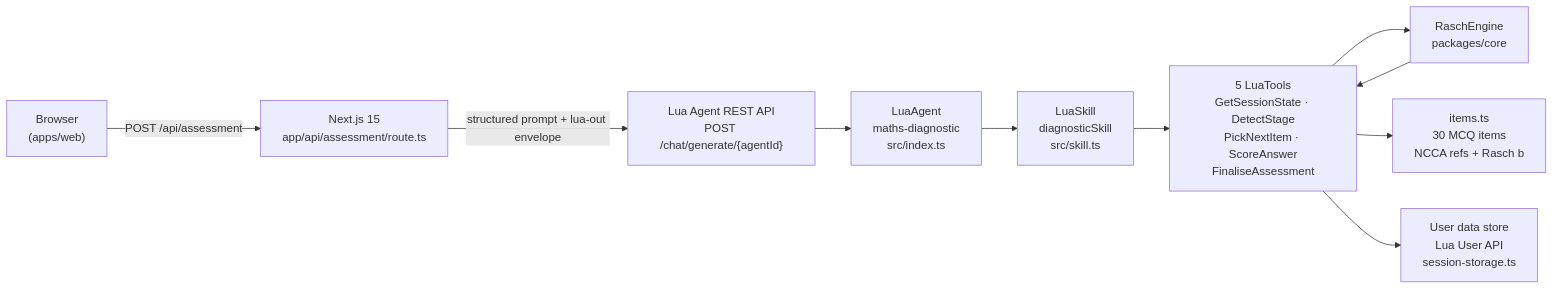
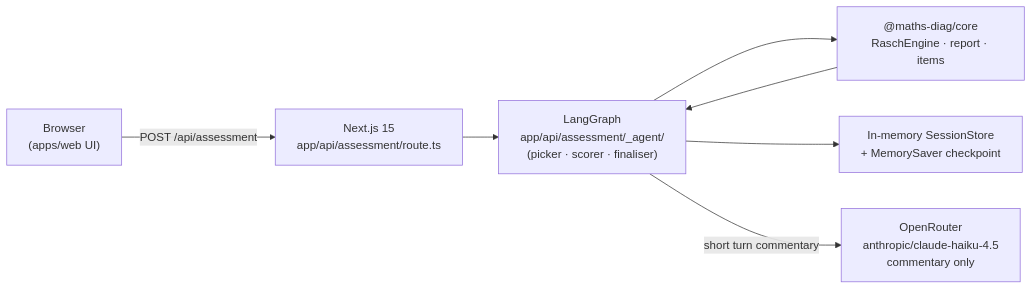
The first of 2 diagrams in README.md (AndriyBabiy/maths-test), drawn with Mermaid before and after one commit. The commit also changed other lines of this file and 77 other files, not shown here.

First line of the commit message:
Build out diagnostic assessment + study plan with PDF export

````diff
--- a/README.md
+++ b/README.md
@@ -9,22 +14,16 @@
 ```mermaid
 flowchart LR
-    Browser["Browser<br/>(apps/web)"]
-    Web["Next.js 15<br/>app/api/assessment/route.ts"]
-    LuaREST["Lua Agent REST API<br/>POST /chat/generate/{agentId}"]
-    Agent["LuaAgent<br/>maths-diagnostic<br/>src/index.ts"]
-    Skill["LuaSkill<br/>diagnosticSkill<br/>src/skill.ts"]
-    Tools["5 LuaTools<br/>GetSessionState · DetectStage<br/>PickNextItem · ScoreAnswer<br/>FinaliseAssessment"]
-    Core["RaschEngine<br/>packages/core"]
-    Items["items.ts<br/>30 MCQ items<br/>NCCA refs + Rasch b"]
-    Store["User data store<br/>Lua User API<br/>session-storage.ts"]
+    Browser["Browser<br/>(apps/web UI)"]
+    Route["Next.js 15<br/>app/api/assessment/route.ts"]
+    Graph["LangGraph<br/>app/api/assessment/_agent/<br/>(picker · scorer · finaliser)"]
+    LLM["OpenRouter<br/>anthropic/claude-haiku-4.5<br/>commentary only"]
+    Core["@maths-diag/core<br/>RaschEngine · report · items"]
+    Sessions["In-memory SessionStore<br/>+ MemorySaver checkpoint"]
 
-    Browser -->|"POST /api/assessment"| Web
-    Web -->|"structured prompt + lua-out envelope"| LuaREST
-    LuaREST --> Agent
-    Agent --> Skill
-    Skill --> Tools
-    Tools --> Core
-    Tools --> Items
-    Tools --> Store
-    Core --> Tools
+    Browser -->|"POST /api/assessment"| Route
+    Route --> Graph
+    Graph --> Core
+    Graph --> Sessions
+    Graph -->|"short turn commentary"| LLM
+    Core --> Graph
 ```
````
